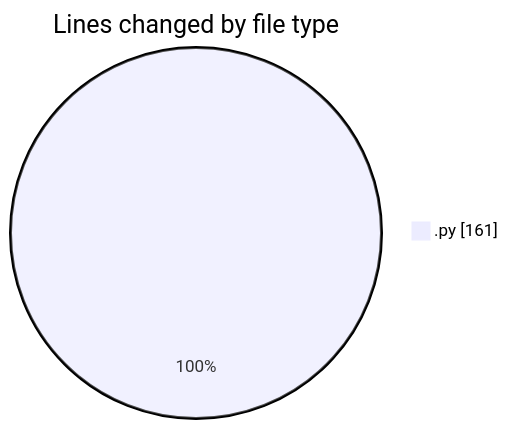
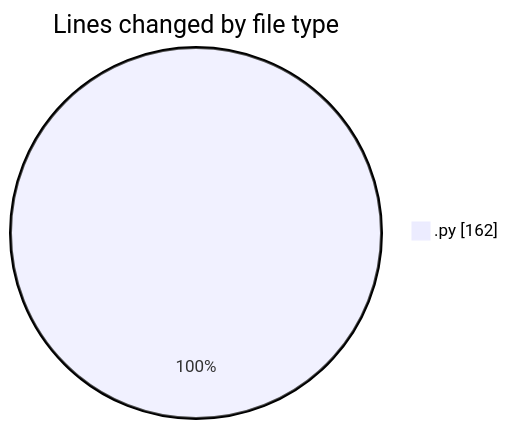
One commit to MatusMokan/code-tracking changed the first of 2 diagrams in 2025-10-25/untitled__workspace_/README.md. Above: the diagram before and after it, drawn with Mermaid. The commit also changed other lines of this file and 1 other file, not shown here.

````diff
--- a/2025-10-25/untitled__workspace_/README.md
+++ b/2025-10-25/untitled__workspace_/README.md
@@ -20,5 +20,5 @@
 ```mermaid
 pie showData
 title Lines changed by file type
-".py" : 161
+".py" : 162
 ```
````
